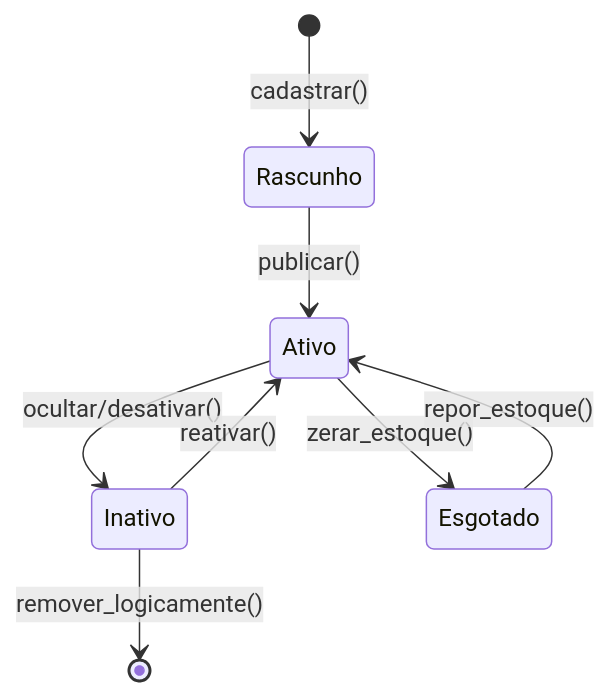
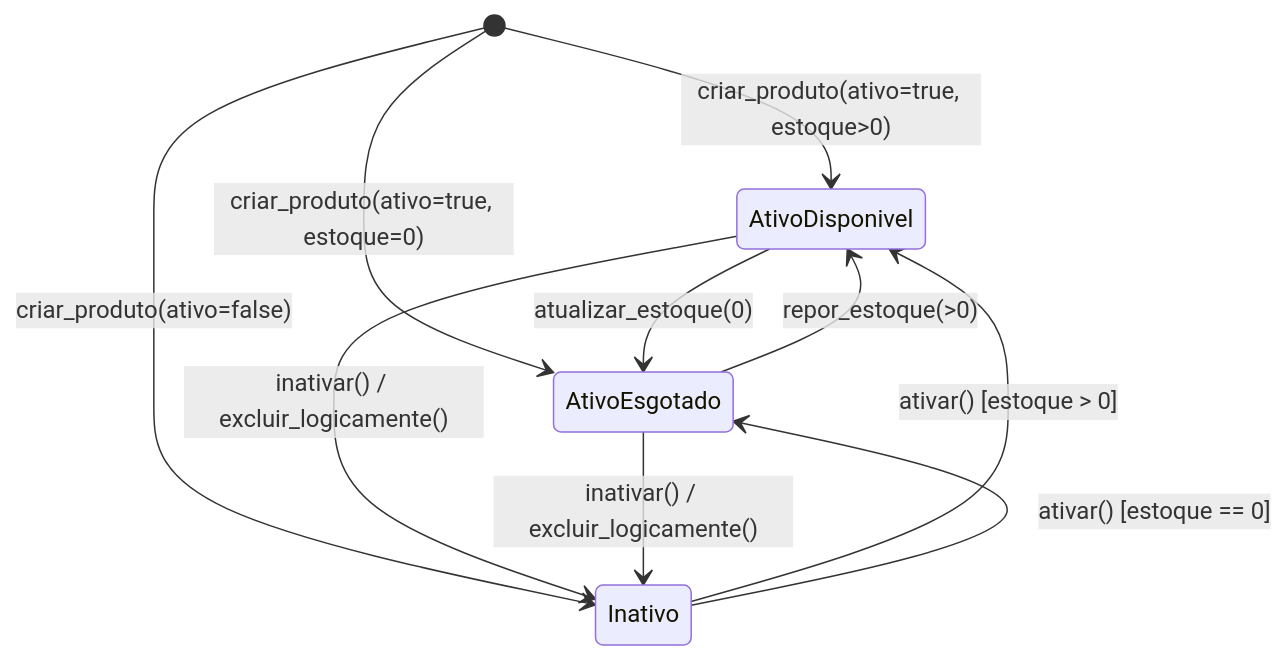
The diagram in docs/arquitetura/10-diagrama-estados.md (LuHenRe/Projeto-Revendedora-Atlantica-Natural), drawn with Mermaid before and after one commit. The commit also changed other lines of this file and 15 other files, not shown here.

Commit message:
docs: adiciona segunda apresentacao e atualiza diagramas e requisitos

````diff
--- a/docs/arquitetura/10-diagrama-estados.md
+++ b/docs/arquitetura/10-diagrama-estados.md
@@ -8,10 +7,14 @@
 ```mermaid
 stateDiagram-v2
-    [*] --> Rascunho : cadastrar()
-    Rascunho --> Ativo : publicar()
-    Ativo --> Inativo : ocultar/desativar()
-    Inativo --> Ativo : reativar()
-    Inativo --> [*] : remover_logicamente()
-    Ativo --> Esgotado : zerar_estoque()
-    Esgotado --> Ativo : repor_estoque()
+    [*] --> AtivoDisponivel : criar_produto(ativo=true, estoque>0)
+    [*] --> AtivoEsgotado : criar_produto(ativo=true, estoque=0)
+    [*] --> Inativo : criar_produto(ativo=false)
+
+    AtivoDisponivel --> AtivoEsgotado : atualizar_estoque(0)
+    AtivoEsgotado --> AtivoDisponivel : repor_estoque(>0)
+
+    AtivoDisponivel --> Inativo : inativar() / excluir_logicamente()
+    AtivoEsgotado --> Inativo : inativar() / excluir_logicamente()
+    Inativo --> AtivoDisponivel : ativar() [estoque > 0]
+    Inativo --> AtivoEsgotado : ativar() [estoque == 0]
 ```
````
